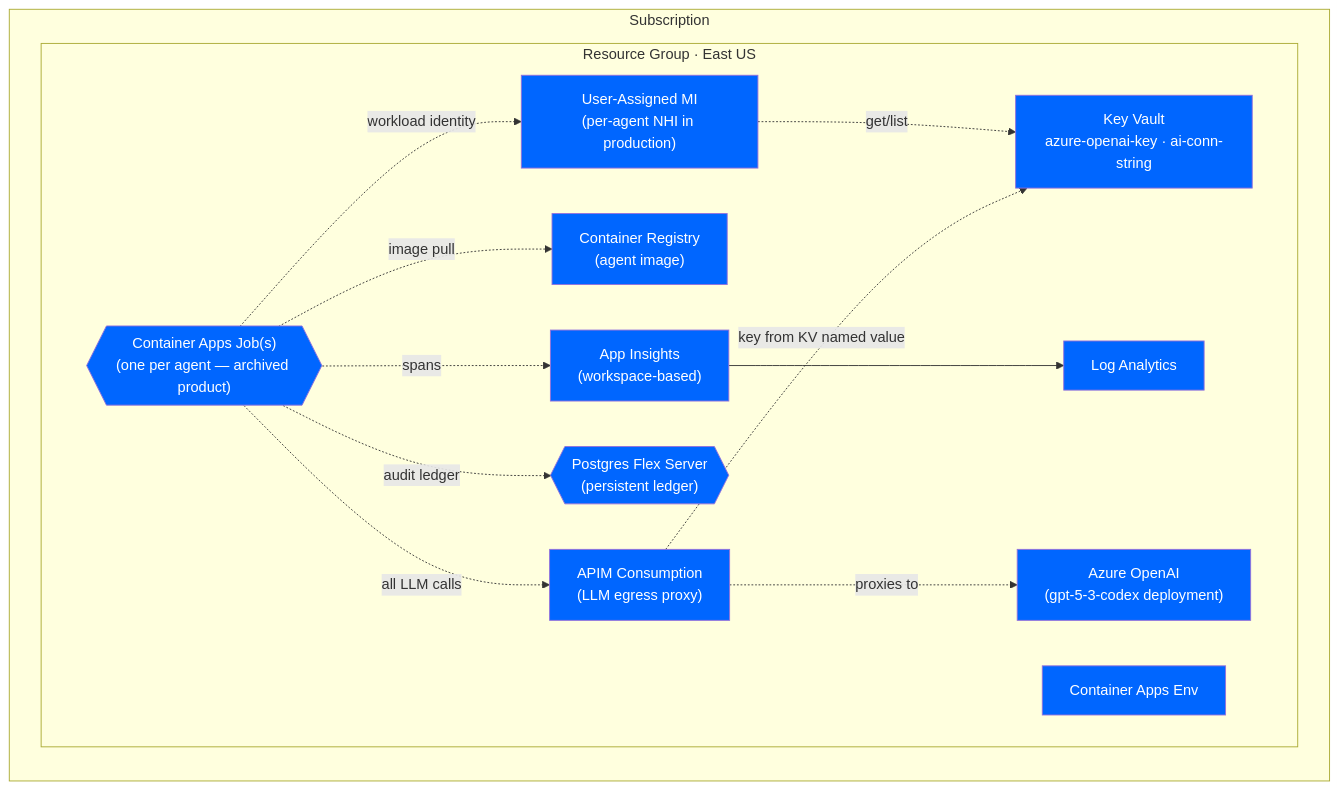
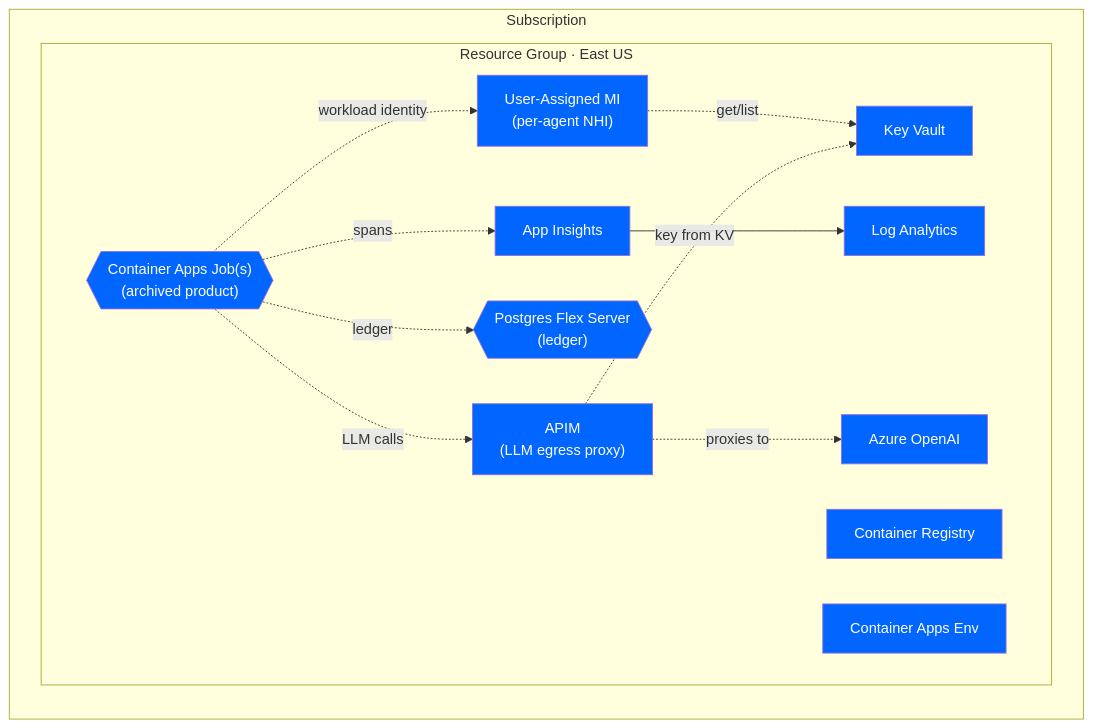
One commit to rlpatrao/agent-gov-sec changed the seventh of 9 diagrams in docs/architecture.md. Above: the diagram before and after it, drawn with Mermaid. The commit also changed other lines of this file and 42 other files, not shown here.

````diff
--- a/docs/architecture.md
+++ b/docs/architecture.md
@@ -350,30 +358,27 @@
 ```mermaid
 flowchart LR
   subgraph Sub["Subscription"]
     subgraph RG["Resource Group · East US"]
-      KV["Key Vault\nazure-openai-key · ai-conn-string"]
-      ACR["Container Registry\n(agent image)"]
-      MI["User-Assigned MI\n(per-agent NHI in production)"]
+      KV["Key Vault"]
+      ACR["Container Registry"]
+      MI["User-Assigned MI\n(per-agent NHI)"]
       LAW["Log Analytics"]
-      AI["App Insights\n(workspace-based)"]
-      AOAI["Azure OpenAI\n(gpt-5-3-codex deployment)"]
+      AI["App Insights"]
+      AOAI["Azure OpenAI"]
       ACAEnv["Container Apps Env"]
-      Job{{"Container Apps Job(s)\n(one per agent — archived product)"}}
-      Pg{{"Postgres Flex Server\n(persistent ledger)"}}
-      APIM["APIM Consumption\n(LLM egress proxy)"]
+      Job{{"Container Apps Job(s)\n(archived product)"}}
+      Pg{{"Postgres Flex Server\n(ledger)"}}
+      APIM["APIM\n(LLM egress proxy)"]
     end
   end
-
   AI --> LAW
-  Job -. image pull .-> ACR
   Job -. workload identity .-> MI
   MI -. get/list .-> KV
   Job -. spans .-> AI
-  Job -. audit ledger .-> Pg
-  Job -. all LLM calls .-> APIM
-  APIM -. key from KV named value .-> KV
+  Job -. ledger .-> Pg
+  Job -. LLM calls .-> APIM
+  APIM -. key from KV .-> KV
   APIM -. proxies to .-> AOAI
-
   classDef azure fill:#06f,color:#fff
   class KV,ACR,MI,LAW,AI,AOAI,ACAEnv,APIM,Job,Pg azure
 ```
````
